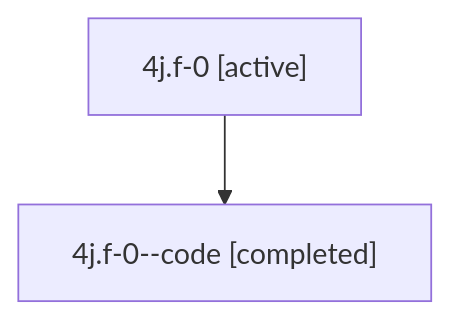
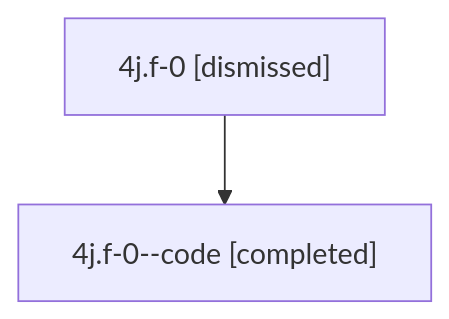
The diagram in sessions/bbugyi200.athena.4j.f-0.md (sase-org/sase--agents), drawn with Mermaid before and after one commit. The commit also changed other lines of this file and 18 other files, not shown here.

````diff
--- a/sessions/bbugyi200.athena.4j.f-0.md
+++ b/sessions/bbugyi200.athena.4j.f-0.md
@@ -9,6 +9,6 @@
 ```mermaid
 flowchart TD
-  n0["4j.f-0 [active]"]
+  n0["4j.f-0 [dismissed]"]
   n1["4j.f-0--code [completed]"]
   n0 --> n1
 ```
````
